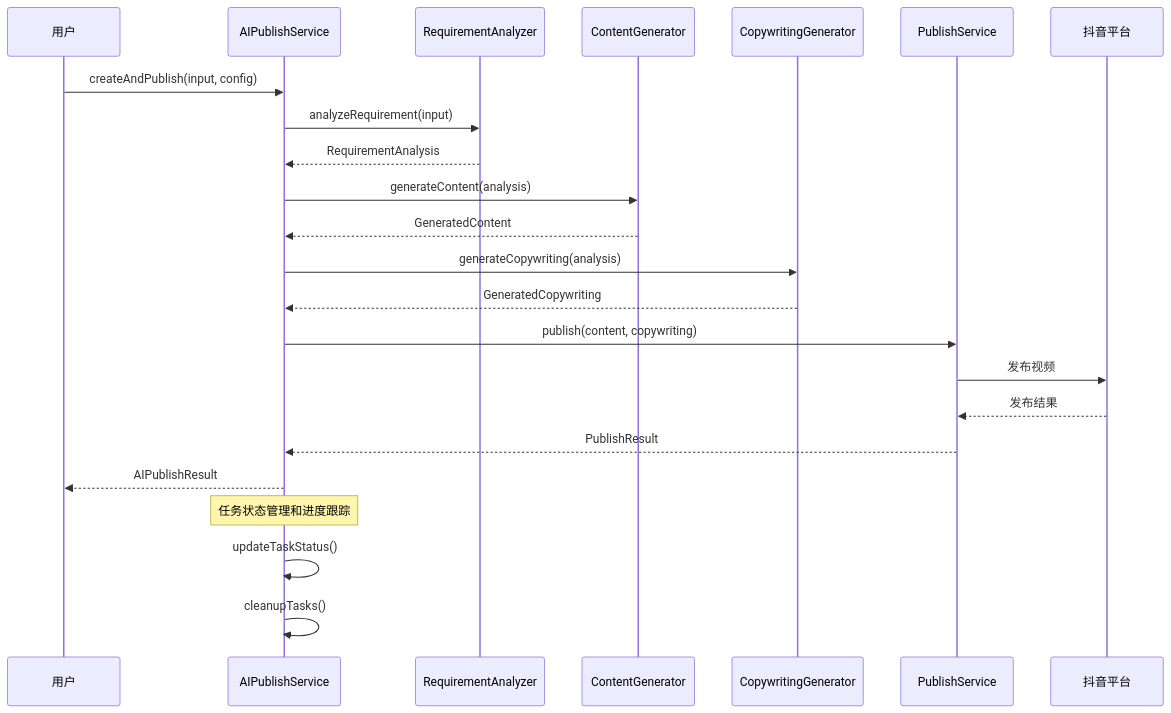
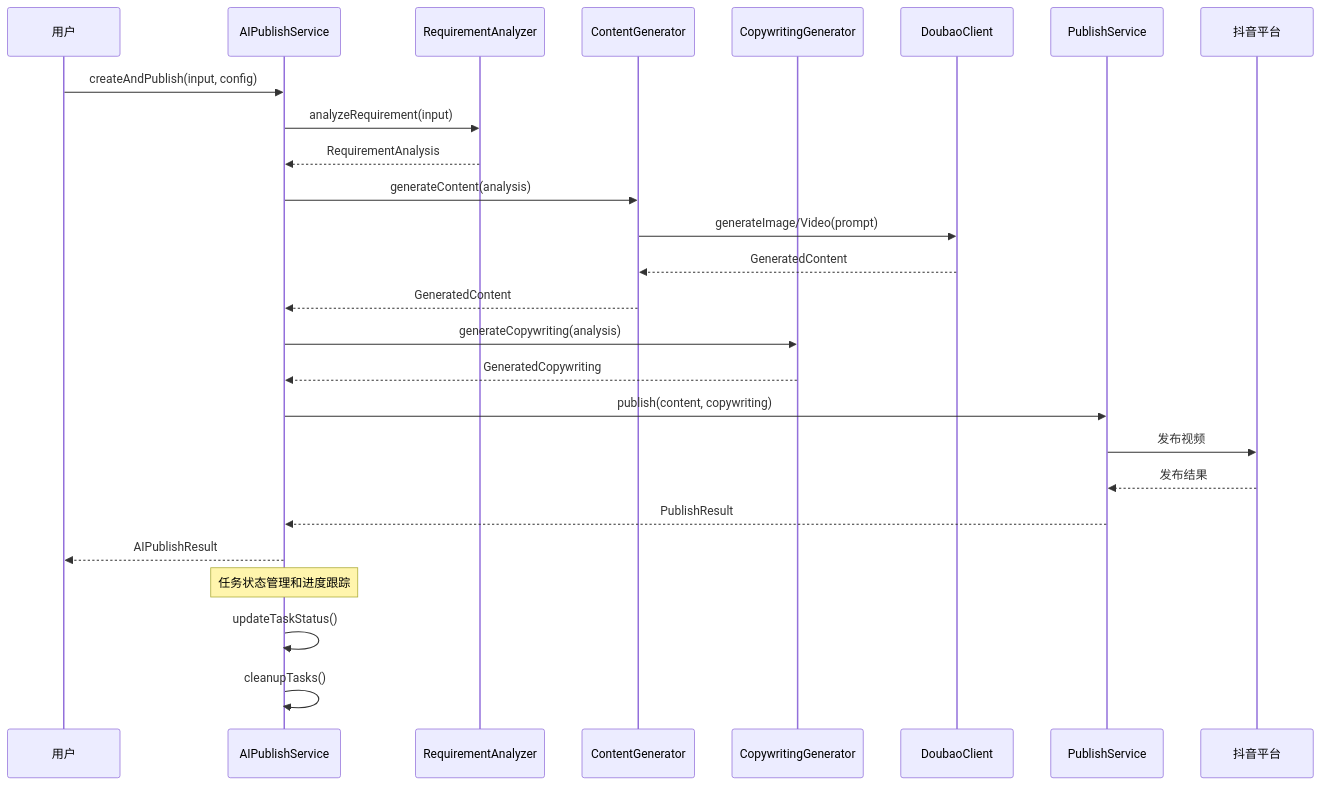
Before and after one commit to songdiyang/clawOperations: the eighth of 11 diagrams in .qoder/repowiki/zh/content/API客户端增强.md, drawn with Mermaid. The commit also changed other lines of this file and 5 other files, not shown here.

````diff
--- a/.qoder/repowiki/zh/content/API客户端增强.md
+++ b/.qoder/repowiki/zh/content/API客户端增强.md
@@ -284,25 +367,28 @@
 ```mermaid
 sequenceDiagram
 participant User as 用户
 participant AI as AIPublishService
 participant Analyzer as RequirementAnalyzer
 participant Generator as ContentGenerator
 participant Copywriter as CopywritingGenerator
+participant Doubao as DoubaoClient
 participant Publisher as PublishService
 participant Douyin as 抖音平台
 User->>AI : createAndPublish(input, config)
 AI->>Analyzer : analyzeRequirement(input)
 Analyzer-->>AI : RequirementAnalysis
 AI->>Generator : generateContent(analysis)
+Generator->>Doubao : generateImage/Video(prompt)
+Doubao-->>Generator : GeneratedContent
 Generator-->>AI : GeneratedContent
 AI->>Copywriter : generateCopywriting(analysis)
 Copywriter-->>AI : GeneratedCopywriting
 AI->>Publisher : publish(content, copywriting)
 Publisher->>Douyin : 发布视频
 Douyin-->>Publisher : 发布结果
 Publisher-->>AI : PublishResult
 AI-->>User : AIPublishResult
 Note over AI : 任务状态管理和进度跟踪
 AI->>AI : updateTaskStatus()
 AI->>AI : cleanupTasks()
 ```
````
